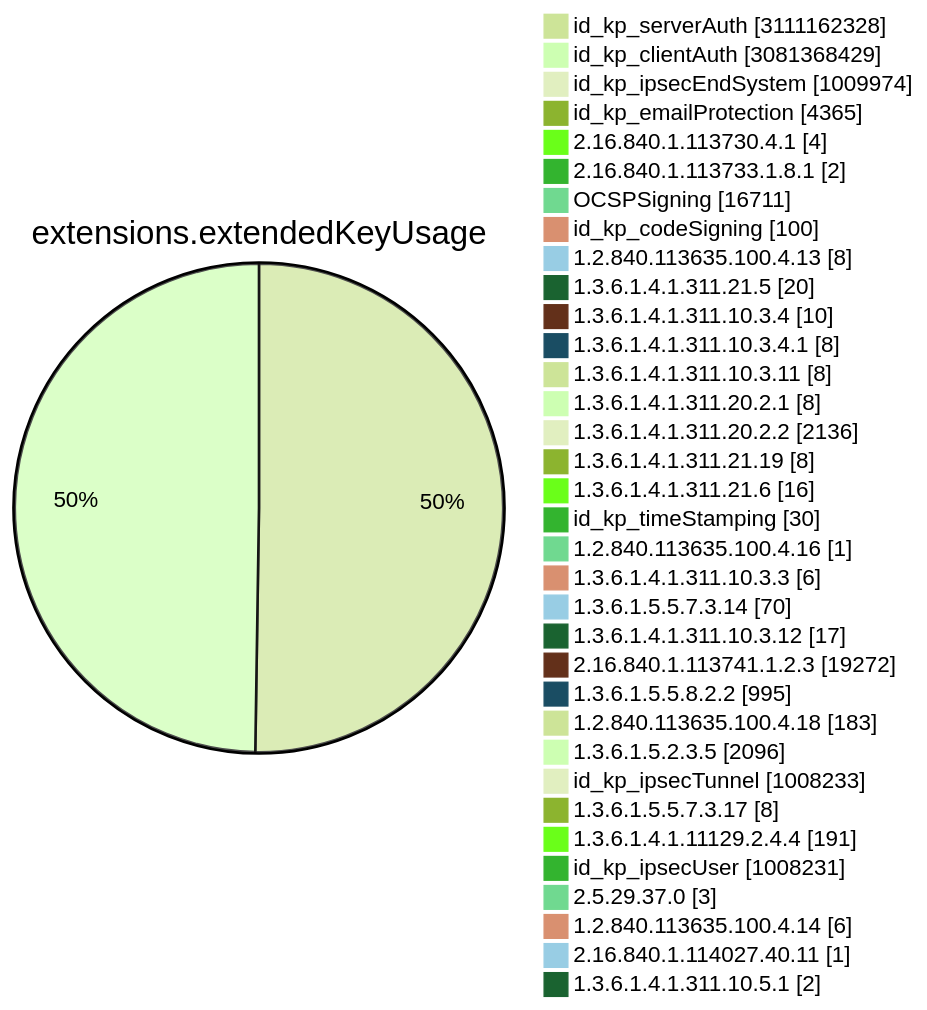
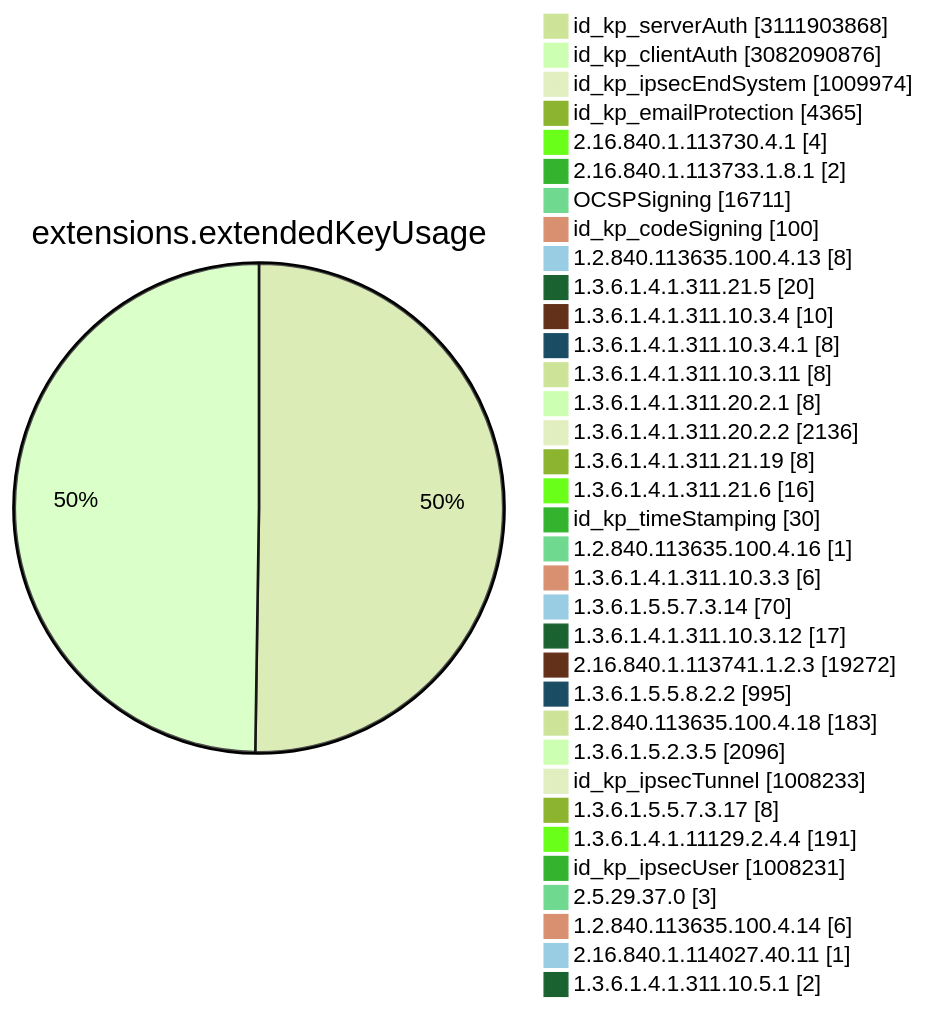
Before and after one commit to christiankrug/ctmonitor_visualization: diagram 11 of 15 in TOTAL/README.md, drawn with Mermaid (forest theme). The commit also changed other lines of this file, not shown here.

````diff
--- a/TOTAL/README.md
+++ b/TOTAL/README.md
@@ -4117,38 +4117,38 @@
 ```mermaid
 pie showData
 title extensions.extendedKeyUsage
-"id_kp_serverAuth" :3111162328
-"id_kp_clientAuth" :3081368429
+"id_kp_serverAuth" :3111903868
+"id_kp_clientAuth" :3082090876
 "id_kp_ipsecEndSystem" :1009974
 "id_kp_emailProtection" :4365
 "2.16.840.1.113730.4.1" :4
 "2.16.840.1.113733.1.8.1" :2
 "OCSPSigning" :16711
 "id_kp_codeSigning" :100
 "1.2.840.113635.100.4.13" :8
 "1.3.6.1.4.1.311.21.5" :20
 "1.3.6.1.4.1.311.10.3.4" :10
 "1.3.6.1.4.1.311.10.3.4.1" :8
 "1.3.6.1.4.1.311.10.3.11" :8
 "1.3.6.1.4.1.311.20.2.1" :8
 "1.3.6.1.4.1.311.20.2.2" :2136
 "1.3.6.1.4.1.311.21.19" :8
 "1.3.6.1.4.1.311.21.6" :16
 "id_kp_timeStamping" :30
 "1.2.840.113635.100.4.16" :1
 "1.3.6.1.4.1.311.10.3.3" :6
 "1.3.6.1.5.5.7.3.14" :70
 "1.3.6.1.4.1.311.10.3.12" :17
 "2.16.840.1.113741.1.2.3" :19272
 "1.3.6.1.5.5.8.2.2" :995
 "1.2.840.113635.100.4.18" :183
 "1.3.6.1.5.2.3.5" :2096
 "id_kp_ipsecTunnel" :1008233
 "1.3.6.1.5.5.7.3.17" :8
 "1.3.6.1.4.1.11129.2.4.4" :191
 "id_kp_ipsecUser" :1008231
 "2.5.29.37.0" :3
 "1.2.840.113635.100.4.14" :6
 "2.16.840.1.114027.40.11" :1
 "1.3.6.1.4.1.311.10.5.1" :2
 ```
````
